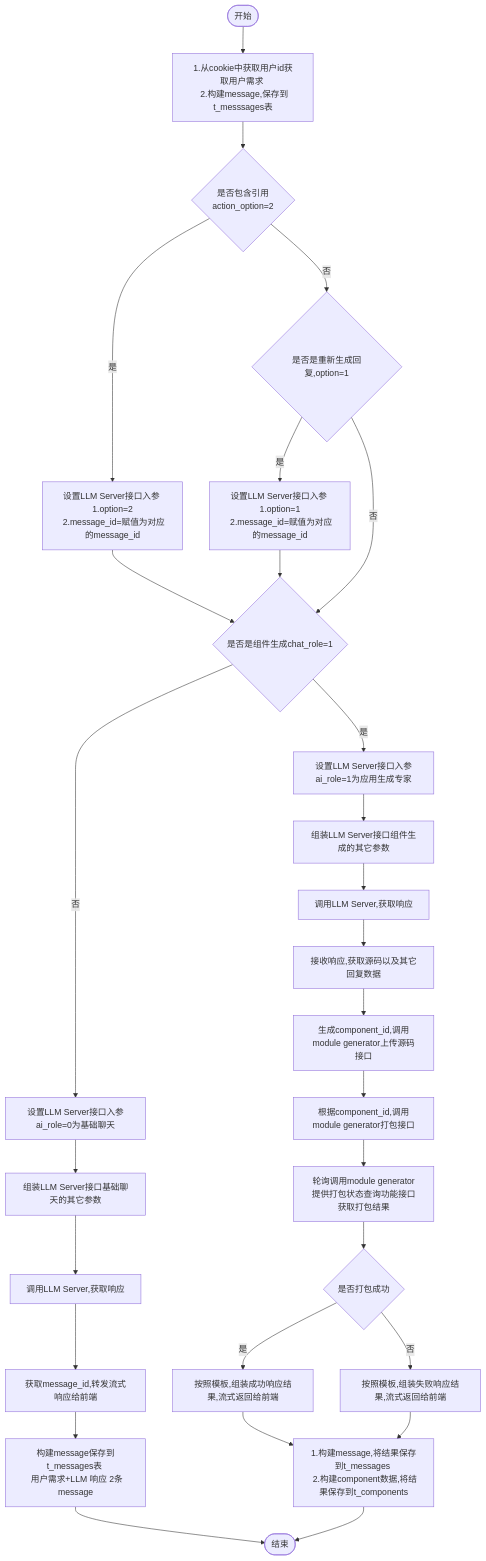
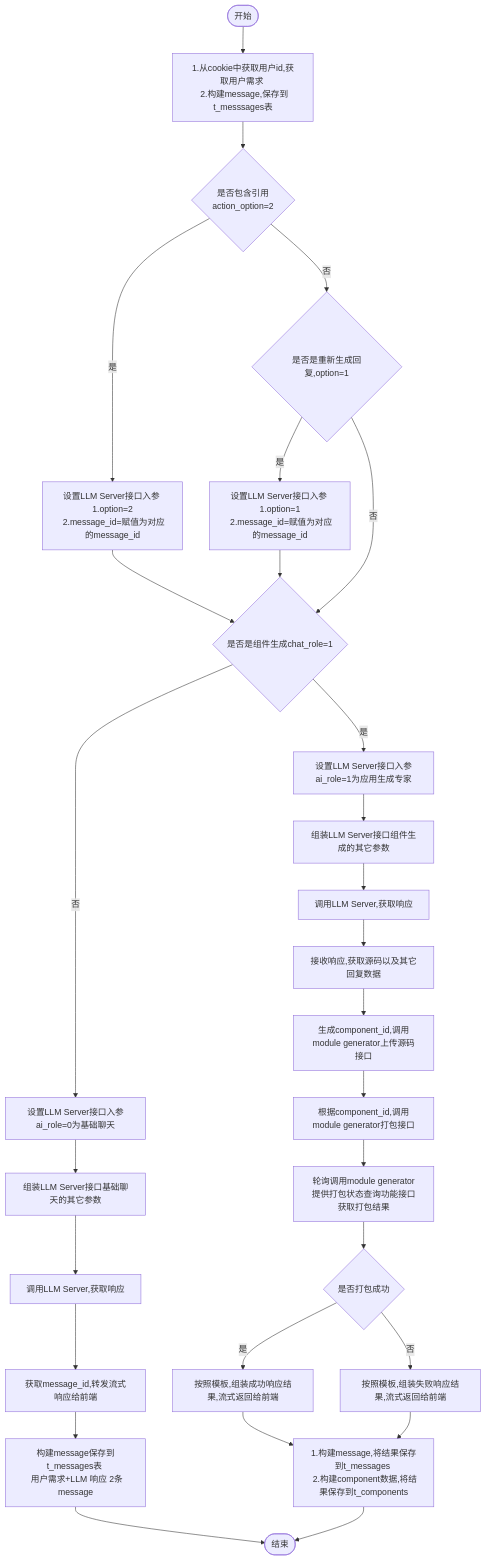
The diagram in all/w3-会话-不需要传递message.md (yingjianzh/iodraw-files), drawn with Mermaid before and after one commit.

Commit message:
2024-10-15 14:20:51 update

````diff
--- a/all/w3-会话-不需要传递message.md
+++ b/all/w3-会话-不需要传递message.md
@@ -1,34 +1,34 @@
 ```mermaid
 flowchart TD
-    A([开始]) --> B[1.从cookie中获取用户id获取用户需求 \n 2.构建message,保存到t_messsages表]
+    A([开始]) --> B[1.从cookie中获取用户id,获取用户需求 \n 2.构建message,保存到t_messsages表]
     B--> D{是否包含引用 \n action_option=2}
     D -- 是 --> E[设置LLM Server接口入参 \n 1.option=2 \n 2.message_id=赋值为对应的message_id]
     D -- 否 --> F{是否是重新生成回复,option=1}
     F -- 是 --> G[设置LLM Server接口入参 \n 1.option=1 \n 2.message_id=赋值为对应的message_id]
     F -- 否 --> I
      
     E & G --> I{是否是组件生成chat_role=1}
     I -- 否 --> K[设置LLM Server接口入参ai_role=0为基础聊天]
     I -- 是 --> J[设置LLM Server接口入参ai_role=1为应用生成专家]
     
 
     J --> L[组装LLM Server接口组件生成的其它参数]    
     K --> M[组装LLM Server接口基础聊天的其它参数]    
     M --> N[调用LLM Server,获取响应]    
     N --> O[获取message_id,转发流式响应给前端]
     O --> P[构建message保存到t_messages表 \n 用户需求+LLM 响应 2条message]
     P --> R([结束])
 
 
     L --> S[调用LLM Server,获取响应]
     S --> T[接收响应,获取源码以及其它回复数据]
     T --> U[生成component_id,调用module generator上传源码接口]
     U --> V[根据component_id,调用module generator打包接口]
     V --> W[轮询调用module generator提供打包状态查询功能接口获取打包结果]
     W --> X{是否打包成功}
     X -- 是 --> Y[按照模板,组装成功响应结果,流式返回给前端]
     X -- 否 --> Z[按照模板,组装失败响应结果,流式返回给前端]
 
     Y & Z --> Result[1.构建message,将结果保存到t_messages \n 2.构建component数据,将结果保存到t_components]
     Result --> R
 ```
````
